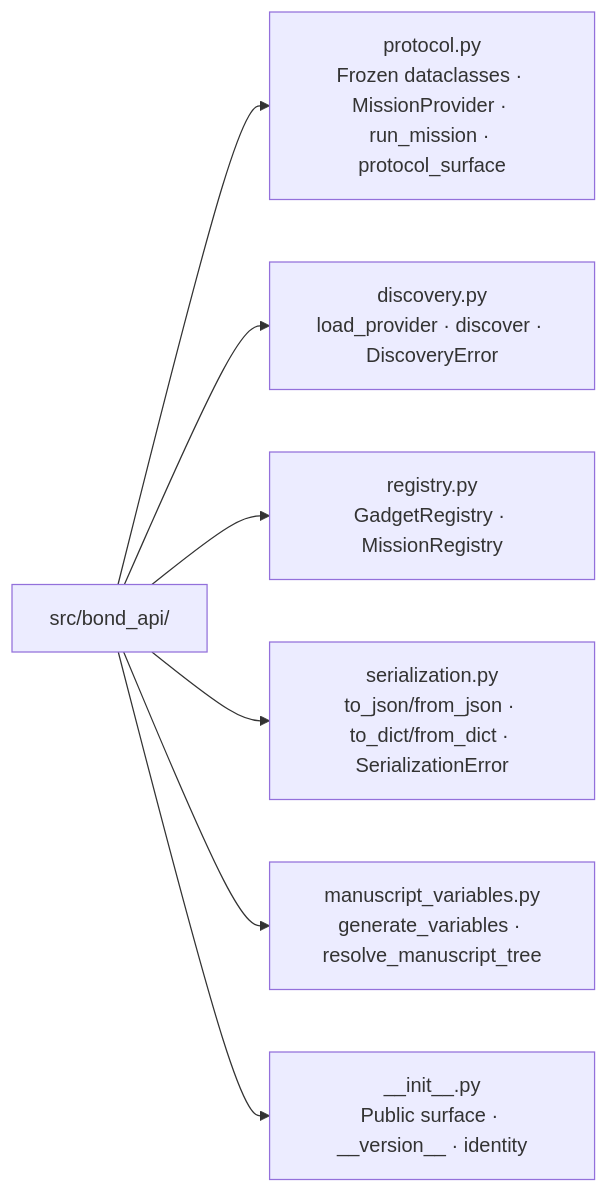
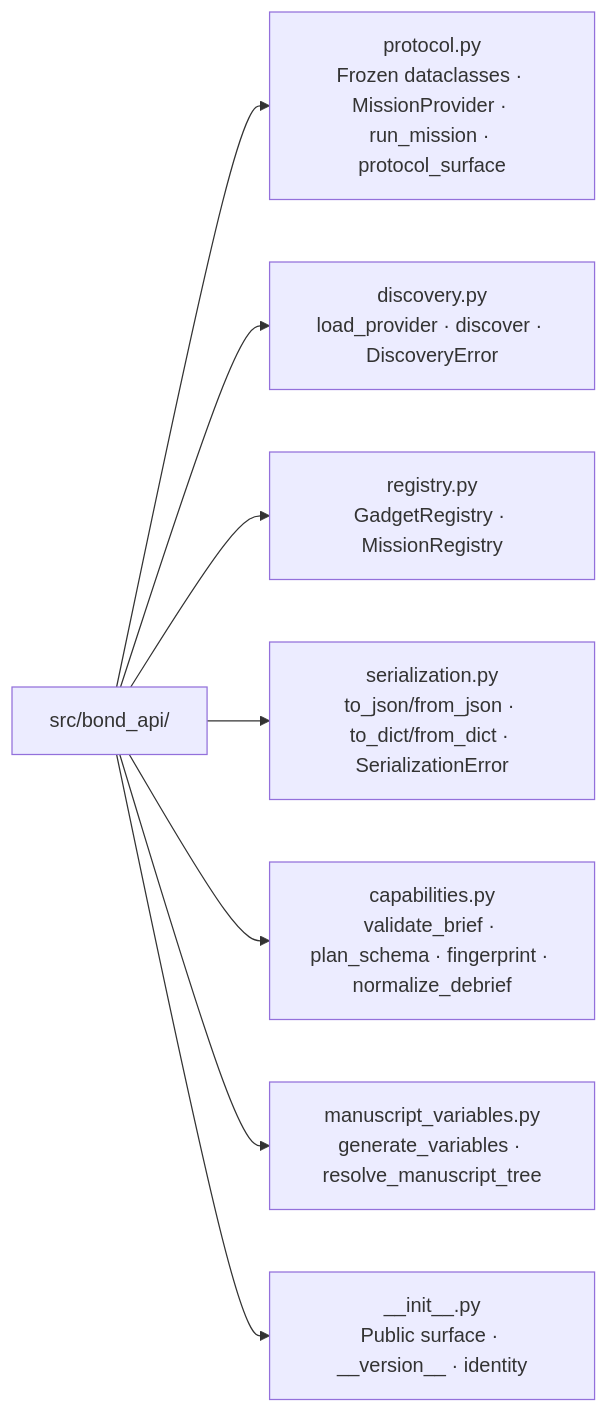
Before and after one commit to docxology/bond-api: the diagram in src/AGENTS.md, drawn with Mermaid. The commit also changed other lines of this file and 22 other files, not shown here.

````diff
--- a/src/AGENTS.md
+++ b/src/AGENTS.md
@@ -23,10 +23,11 @@
 ```mermaid
 flowchart LR
     PKG[src/bond_api/]
     PKG --> PROTO[protocol.py<br/>Frozen dataclasses · MissionProvider · run_mission · protocol_surface]
     PKG --> DISC[discovery.py<br/>load_provider · discover · DiscoveryError]
     PKG --> REG[registry.py<br/>GadgetRegistry · MissionRegistry]
     PKG --> SER[serialization.py<br/>to_json/from_json · to_dict/from_dict · SerializationError]
+    PKG --> CAP[capabilities.py<br/>validate_brief · plan_schema · fingerprint · normalize_debrief]
     PKG --> MV[manuscript_variables.py<br/>generate_variables · resolve_manuscript_tree]
     PKG --> INIT[__init__.py<br/>Public surface · __version__ · identity]
 ```
````
